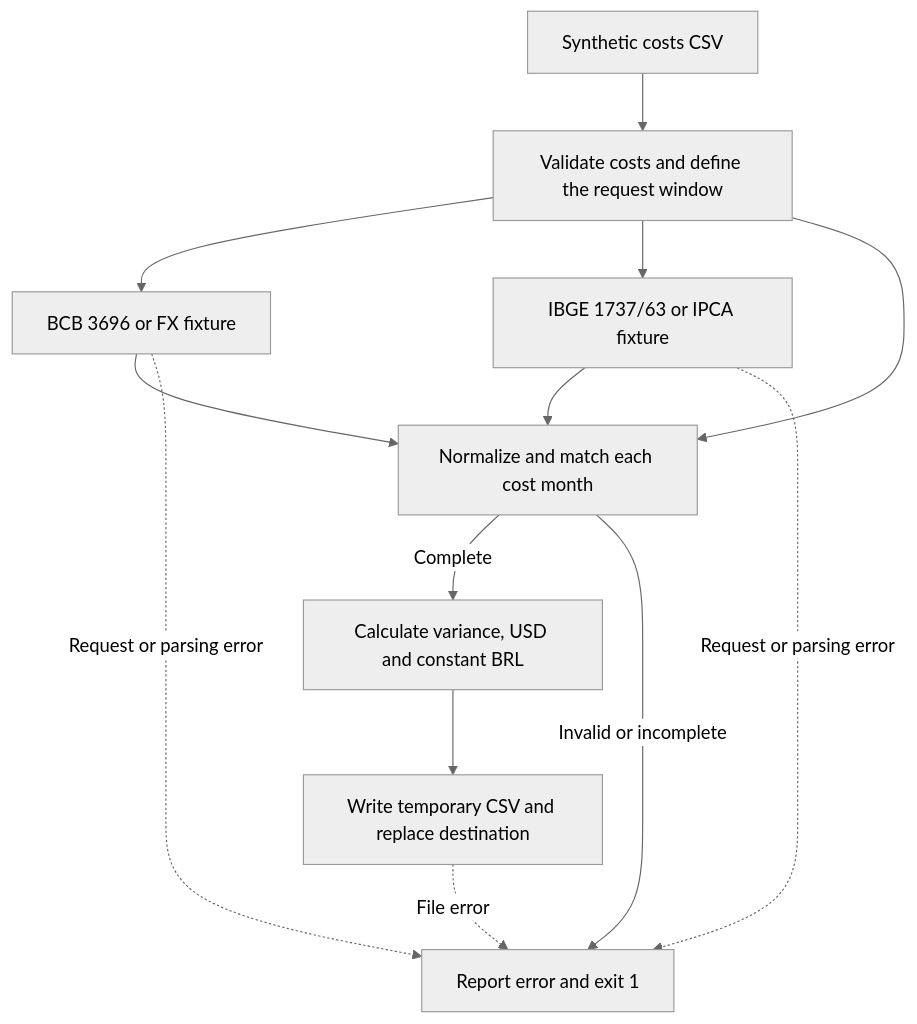
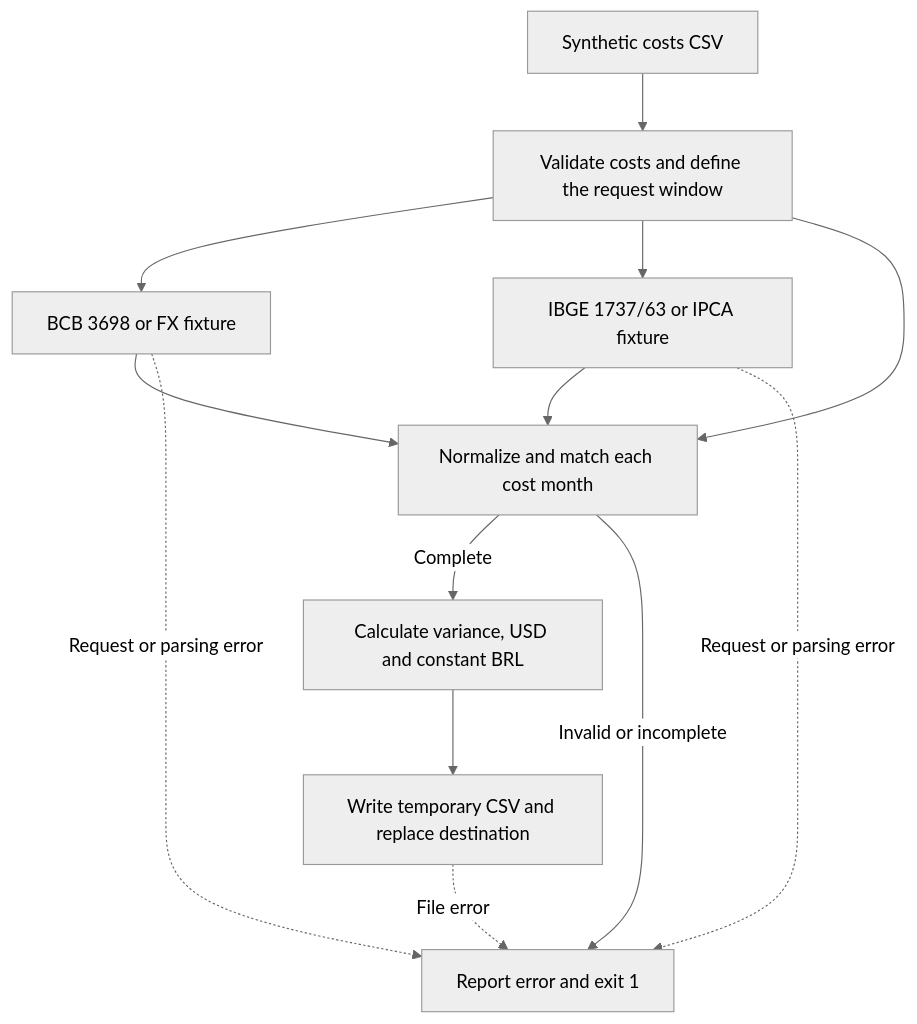
Before and after one commit to denisisikawa/business-science-lab: the diagram in macro-fpa/README.md, drawn with Mermaid (neutral theme). The commit also changed other lines of this file and 6 other files, not shown here.

````diff
--- a/macro-fpa/README.md
+++ b/macro-fpa/README.md
@@ -23,15 +37,15 @@
 ```mermaid
 flowchart TD
     CSV["Synthetic costs CSV"] --> Window["Validate costs and define the request window"]
-    Window --> FX["BCB 3696 or FX fixture"]
+    Window --> FX["BCB 3698 or FX fixture"]
     Window --> IPCA["IBGE 1737/63 or IPCA fixture"]
     FX --> Join["Normalize and match each cost month"]
     IPCA --> Join
     Window --> Join
     Join -->|Complete| Build["Calculate variance, USD and constant BRL"]
     Build --> Write["Write temporary CSV and replace destination"]
     Join -->|Invalid or incomplete| Error["Report error and exit 1"]
     FX -. Request or parsing error .-> Error
     IPCA -. Request or parsing error .-> Error
     Write -. File error .-> Error
 ```
````
